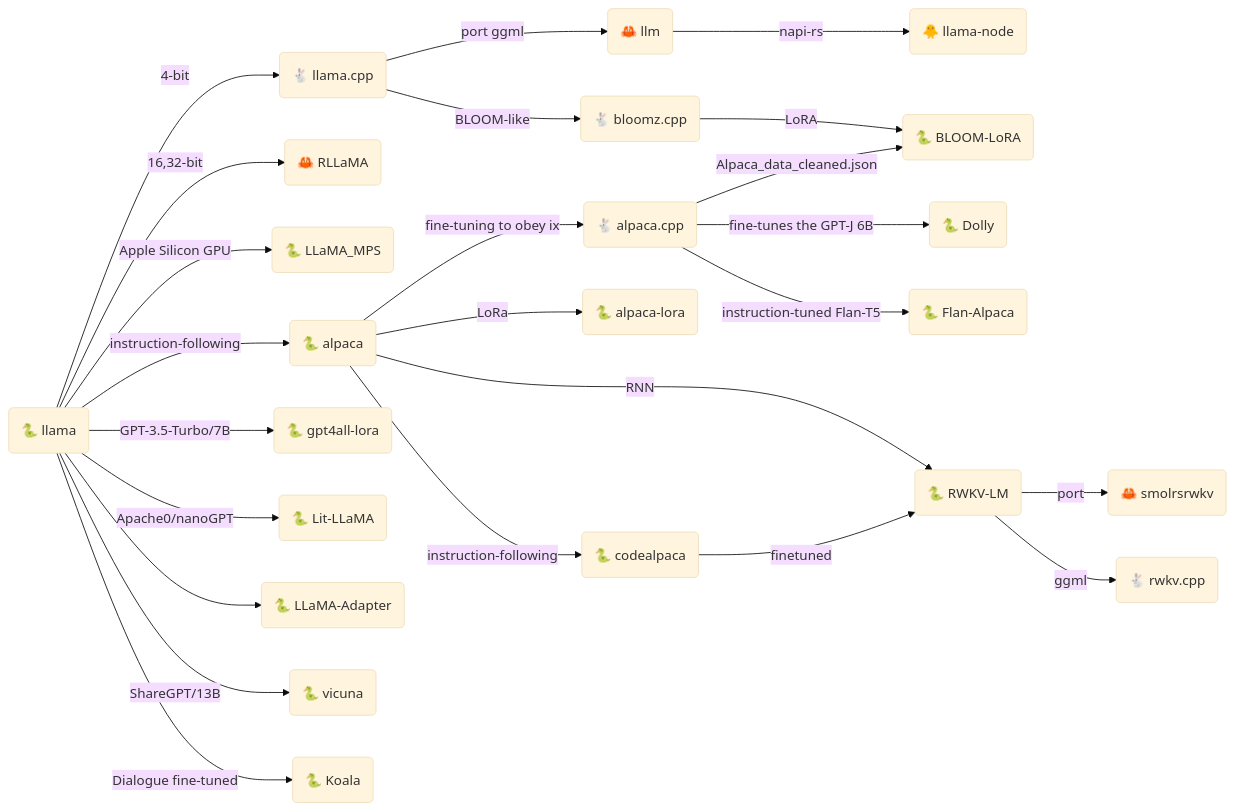
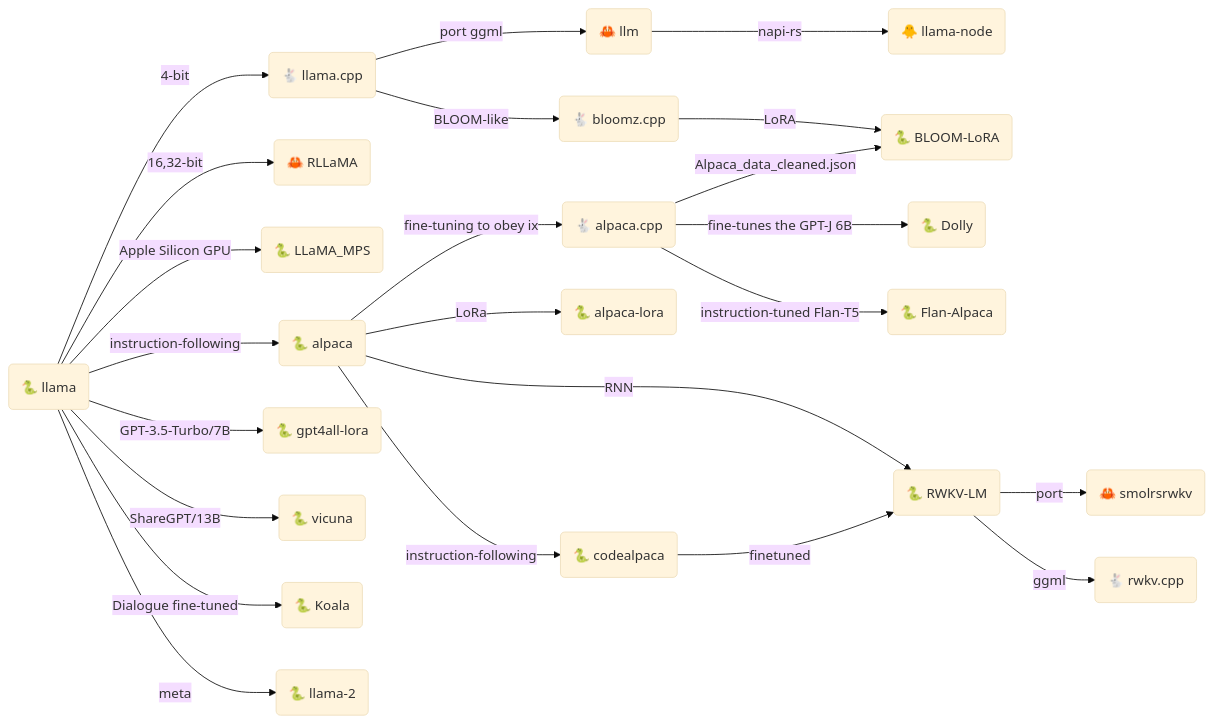
The first of 2 diagrams in src/ml/large-language-model.md (gist-rs/book), drawn with Mermaid (base theme) before and after one commit. The commit also changed other lines of this file and 1 other file, not shown here.

````diff
--- a/src/ml/large-language-model.md
+++ b/src/ml/large-language-model.md
@@ -56,25 +45,24 @@
 ```mermaid
 graph LR;
 A("🐍 llama") --"4-bit"--> B("🐇 llama.cpp")
 B --port ggml--> C("🦀 llm")
 A --"16,32-bit"--> CC("🦀 RLLaMA")
 A --Apple Silicon GPU--> AA("🐍 LLaMA_MPS")
 C --"napi-rs"--> I("🐥 llama-node")
 E --"fine-tuning to obey ix"--> D("🐇 alpaca.cpp")
 E --instruction-following--> H("🐍 codealpaca")
 A --instruction-following--> E("🐍 alpaca") --LoRa--> F("🐍 alpaca-lora")
 B --BLOOM-like--> BB("🐇 bloomz.cpp")
 BB --LoRA--> DDDD("🐍 BLOOM-LoRA")
 D --"fine-tunes the GPT-J 6B"--> DD("🐍 Dolly")
 D --"instruction-tuned Flan-T5"--> DDD("🐍 Flan-Alpaca")
 D --Alpaca_data_cleaned.json--> DDDD
 E --RNN--> EE("🐍 RWKV-LM")
 EE("🐍 RWKV-LM") --port--> EEE("🦀 smolrsrwkv")
 H --finetuned--> EE
 EE --ggml--> EEEE("🐇 rwkv.cpp")
 A --"GPT-3.5-Turbo/7B"--> FF("🐍 gpt4all-lora")
-A --"Apache0/nanoGPT"--> AAAA("🐍 Lit-LLaMA")
-A --> AAA("🐍 LLaMA-Adapter")
 A --ShareGPT/13B--> AAAAA("🐍 vicuna")
 A --Dialogue fine-tuned--> AAAAAA("🐍 Koala")
+A --meta--> AAAAAAA("🐍 llama-2")
 ```
````
